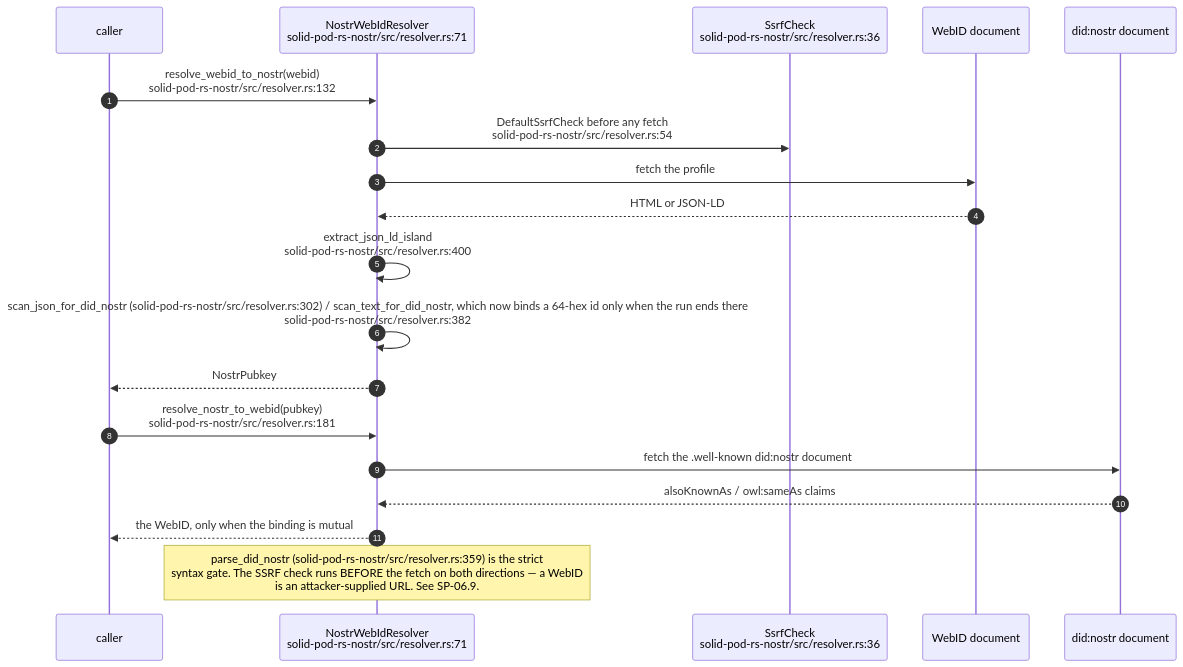
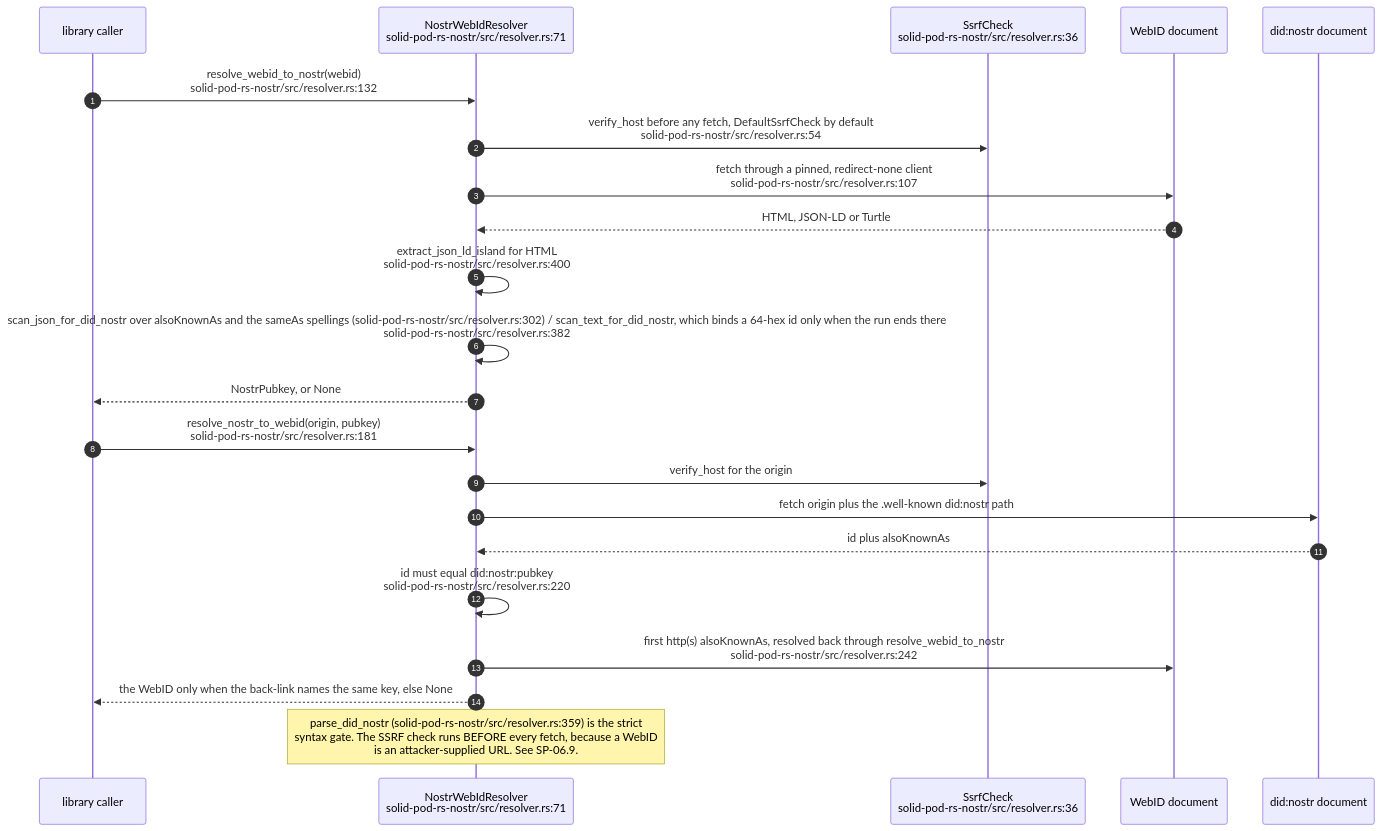
The tenth of 18 diagrams in docs/diagrams/solid-pod-rs/05-identity-nip98-did-oidc.md (DreamLab-AI/VisionFlow), drawn with Mermaid before and after one commit. The commit also changed other lines of this file and 47 other files, not shown here.

First line of the commit message:
docs(audit): wave 1 completes Solid, loom and dream-machine; rebinds stale claims

````diff
--- a/docs/diagrams/solid-pod-rs/05-identity-nip98-did-oidc.md
+++ b/docs/diagrams/solid-pod-rs/05-identity-nip98-did-oidc.md
@@ -305,23 +310,26 @@
 ```mermaid
 sequenceDiagram
     autonumber
-    participant A as caller
+    participant A as library caller
     participant R as NostrWebIdResolver<br/>solid-pod-rs-nostr/src/resolver.rs:71
     participant SS as SsrfCheck<br/>solid-pod-rs-nostr/src/resolver.rs:36
     participant W as WebID document
     participant D as did:nostr document
 
     A->>R: resolve_webid_to_nostr(webid)<br/>solid-pod-rs-nostr/src/resolver.rs:132
-    R->>SS: DefaultSsrfCheck before any fetch<br/>solid-pod-rs-nostr/src/resolver.rs:54
-    R->>W: fetch the profile
-    W-->>R: HTML or JSON-LD
-    R->>R: extract_json_ld_island<br/>solid-pod-rs-nostr/src/resolver.rs:400
-    R->>R: scan_json_for_did_nostr (solid-pod-rs-nostr/src/resolver.rs:302) / scan_text_for_did_nostr, which now binds a 64-hex id only when the run ends there<br/>solid-pod-rs-nostr/src/resolver.rs:382
-    R-->>A: NostrPubkey
+    R->>SS: verify_host before any fetch, DefaultSsrfCheck by default<br/>solid-pod-rs-nostr/src/resolver.rs:54
+    R->>W: fetch through a pinned, redirect-none client<br/>solid-pod-rs-nostr/src/resolver.rs:107
+    W-->>R: HTML, JSON-LD or Turtle
+    R->>R: extract_json_ld_island for HTML<br/>solid-pod-rs-nostr/src/resolver.rs:400
+    R->>R: scan_json_for_did_nostr over alsoKnownAs and the sameAs spellings (solid-pod-rs-nostr/src/resolver.rs:302) / scan_text_for_did_nostr, which binds a 64-hex id only when the run ends there<br/>solid-pod-rs-nostr/src/resolver.rs:382
+    R-->>A: NostrPubkey, or None
 
-    A->>R: resolve_nostr_to_webid(pubkey)<br/>solid-pod-rs-nostr/src/resolver.rs:181
-    R->>D: fetch the .well-known did:nostr document
-    D-->>R: alsoKnownAs / owl:sameAs claims
-    R-->>A: the WebID, only when the binding is mutual
-    Note over R: parse_did_nostr (solid-pod-rs-nostr/src/resolver.rs:359) is the strict<br/>syntax gate. The SSRF check runs BEFORE the fetch on both directions — a WebID<br/>is an attacker-supplied URL. See SP-06.9.
+    A->>R: resolve_nostr_to_webid(origin, pubkey)<br/>solid-pod-rs-nostr/src/resolver.rs:181
+    R->>SS: verify_host for the origin
+    R->>D: fetch origin plus the .well-known did:nostr path
+    D-->>R: id plus alsoKnownAs
+    R->>R: id must equal did:nostr:pubkey<br/>solid-pod-rs-nostr/src/resolver.rs:220
+    R->>W: first http(s) alsoKnownAs, resolved back through resolve_webid_to_nostr<br/>solid-pod-rs-nostr/src/resolver.rs:242
+    R-->>A: the WebID only when the back-link names the same key, else None
+    Note over R: parse_did_nostr (solid-pod-rs-nostr/src/resolver.rs:359) is the strict<br/>syntax gate. The SSRF check runs BEFORE every fetch, because a WebID<br/>is an attacker-supplied URL. See SP-06.9.
 ```
````
